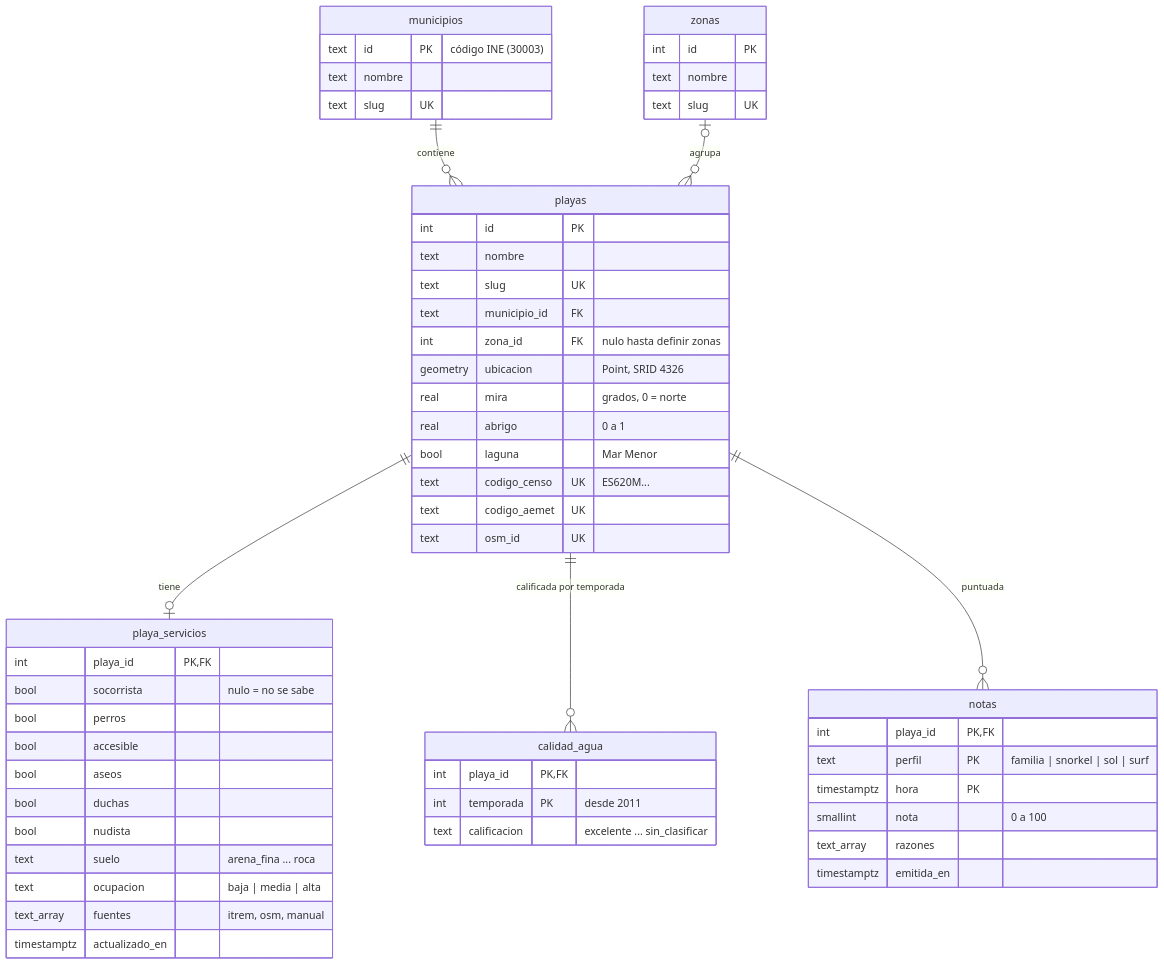
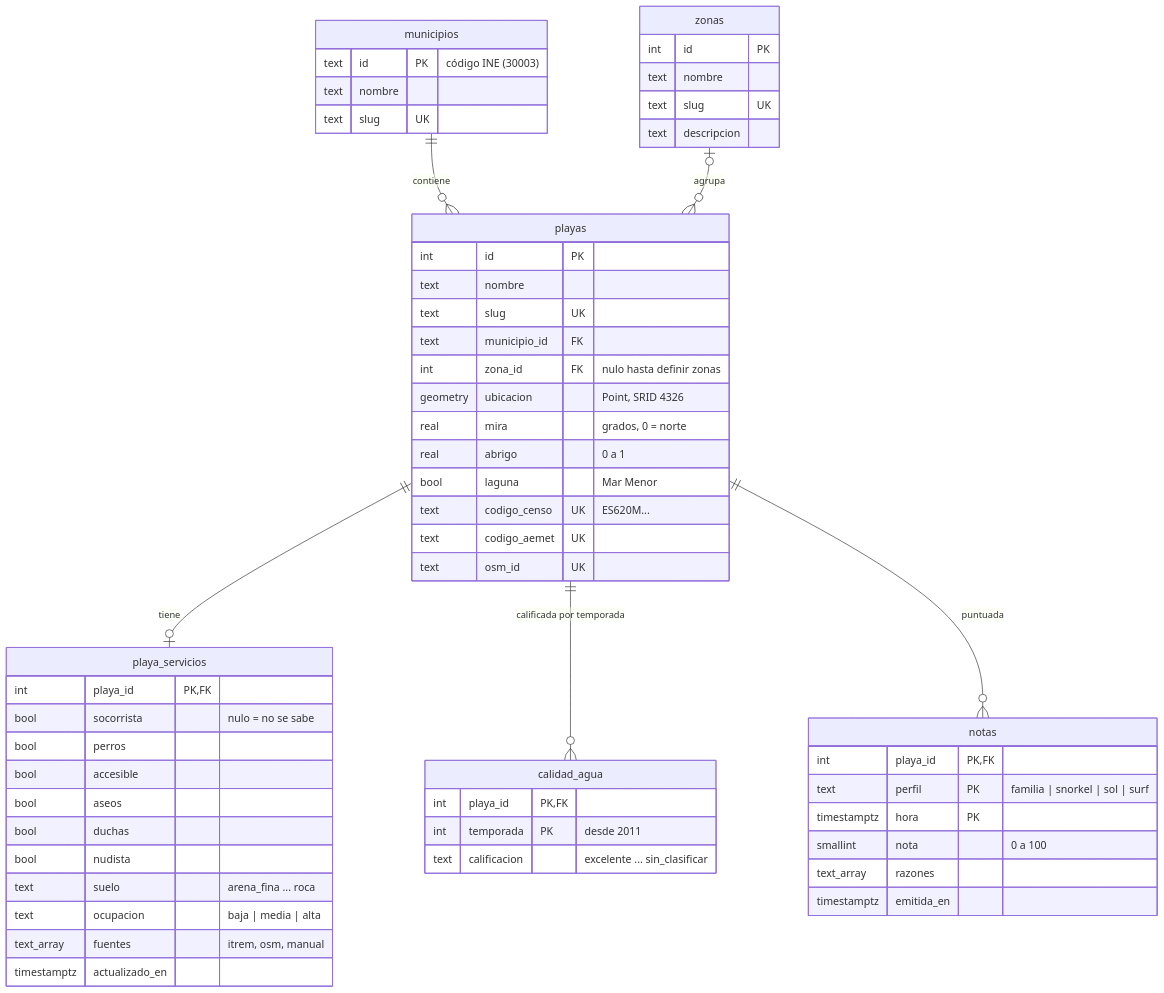
Before and after one commit to pdawgabriel-hub/playa-hoy: the first of 2 diagrams in docs/modelo-datos.md, drawn with Mermaid. The commit also changed other lines of this file and 10 other files, not shown here.

````diff
--- a/docs/modelo-datos.md
+++ b/docs/modelo-datos.md
@@ -11,64 +11,65 @@
 ```mermaid
 erDiagram
     municipios ||--o{ playas : "contiene"
     zonas |o--o{ playas : "agrupa"
     playas ||--o| playa_servicios : "tiene"
     playas ||--o{ calidad_agua : "calificada por temporada"
     playas ||--o{ notas : "puntuada"
 
     municipios {
         text id PK "código INE (30003)"
         text nombre
         text slug UK
     }
 
     zonas {
         int id PK
         text nombre
         text slug UK
+        text descripcion
     }
 
     playas {
         int id PK
         text nombre
         text slug UK
         text municipio_id FK
         int zona_id FK "nulo hasta definir zonas"
         geometry ubicacion "Point, SRID 4326"
         real mira "grados, 0 = norte"
         real abrigo "0 a 1"
         bool laguna "Mar Menor"
         text codigo_censo UK "ES620M..."
         text codigo_aemet UK
         text osm_id UK
     }
 
     playa_servicios {
         int playa_id PK, FK
         bool socorrista "nulo = no se sabe"
         bool perros
         bool accesible
         bool aseos
         bool duchas
         bool nudista
         text suelo "arena_fina ... roca"
         text ocupacion "baja | media | alta"
         text_array fuentes "itrem, osm, manual"
         timestamptz actualizado_en
     }
 
     calidad_agua {
         int playa_id PK, FK
         int temporada PK "desde 2011"
         text calificacion "excelente ... sin_clasificar"
     }
 
     notas {
         int playa_id PK, FK
         text perfil PK "familia | snorkel | sol | surf"
         timestamptz hora PK
         smallint nota "0 a 100"
         text_array razones
         timestamptz emitida_en
     }
 ```
````
